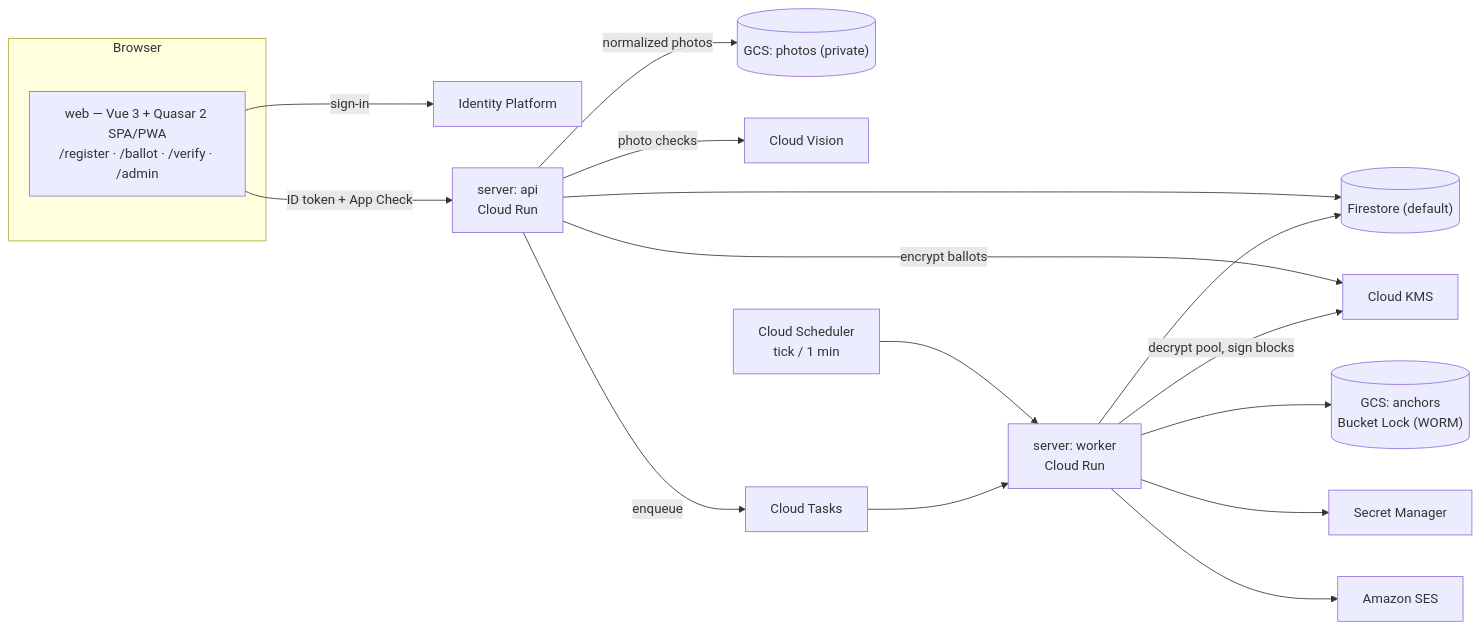
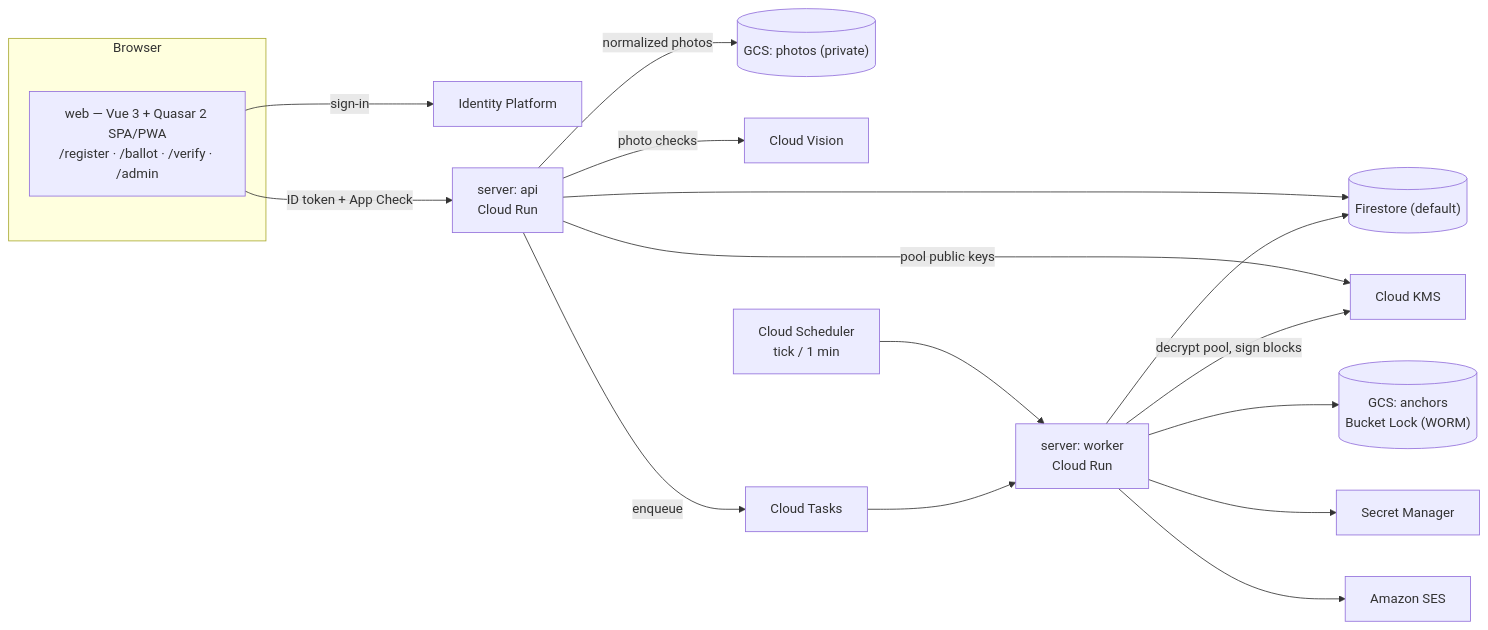
One commit to ggrow3/USTPVote2 changed the first of 4 diagrams in docs/DESIGN.md. Above: the diagram before and after it, drawn with Mermaid. The commit also changed other lines of this file and 28 other files, not shown here.

````diff
--- a/docs/DESIGN.md
+++ b/docs/DESIGN.md
@@ -75,20 +75,20 @@
 ```mermaid
 flowchart LR
   subgraph Browser
     WEB["web — Vue 3 + Quasar 2 SPA/PWA<br/>/register · /ballot · /verify · /admin"]
   end
   WEB -- sign-in --> IDP[Identity Platform]
   WEB -- "ID token + App Check" --> API["server: api<br/>Cloud Run"]
   API --> FS[("Firestore (default)")]
-  API -- "encrypt ballots" --> KMS[Cloud KMS]
+  API -- "pool public keys" --> KMS[Cloud KMS]
   API -- "normalized photos" --> GCSP[("GCS: photos (private)")]
   API -- "photo checks" --> VIS[Cloud Vision]
   API -- enqueue --> CT[Cloud Tasks]
   SCH["Cloud Scheduler<br/>tick / 1 min"] --> WK["server: worker<br/>Cloud Run"]
   CT --> WK
   WK --> FS
   WK -- "decrypt pool, sign blocks" --> KMS
   WK --> GCSA[("GCS: anchors<br/>Bucket Lock (WORM)")]
   WK --> SM[Secret Manager]
   WK --> SES[Amazon SES]
 ```
````
